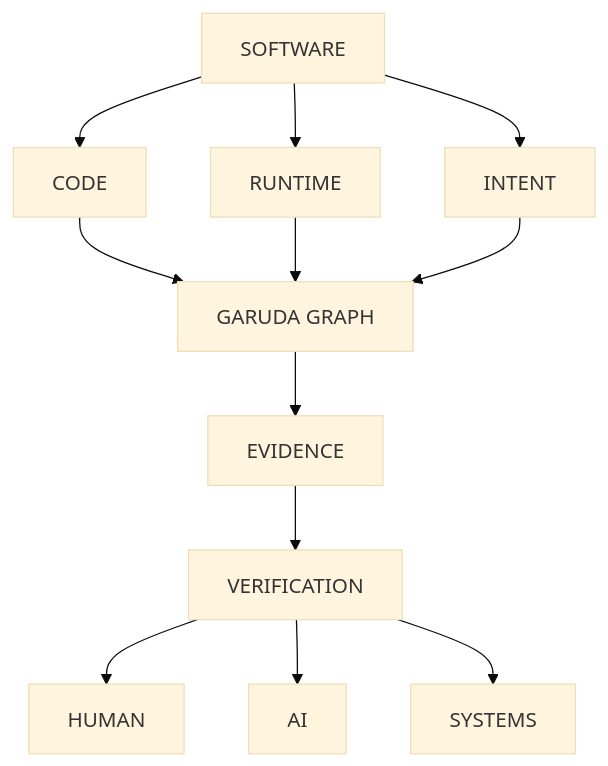
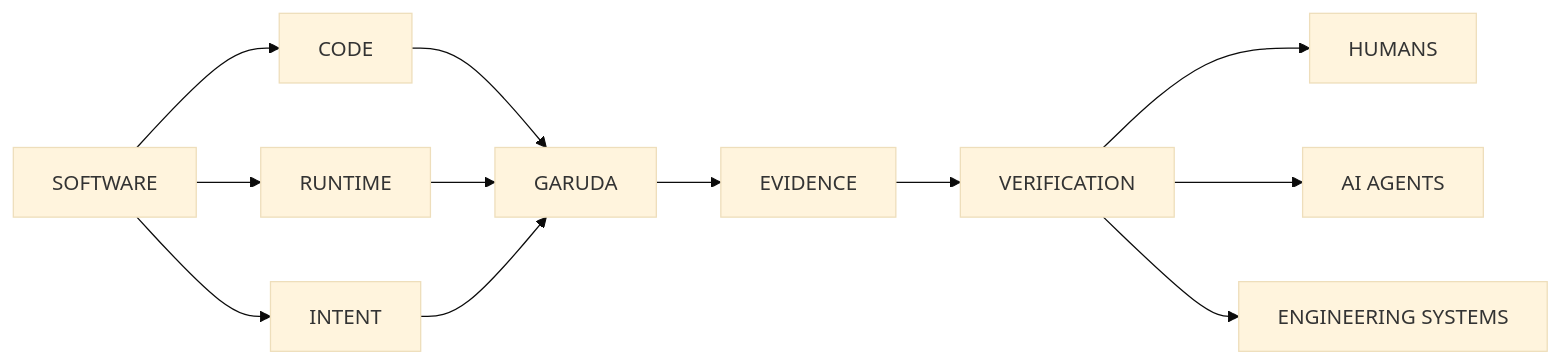
Before and after one commit to myshra777-ai/garuda: diagram 17 of 18 in README.md, drawn with Mermaid (base theme). The commit also changed other lines of this file, not shown here.

````diff
--- a/README.md
+++ b/README.md
@@ -974,14 +1110,19 @@
 ```mermaid
-flowchart TD
-    SW["SOFTWARE"] --> CODE["CODE"]
-    SW --> RUNTIME2["RUNTIME"]
-    SW --> INTENT["INTENT"]
-    CODE --> GRAPH3["GARUDA GRAPH"]
-    RUNTIME2 --> GRAPH3
-    INTENT --> GRAPH3
-    GRAPH3 --> EVIDENCE3["EVIDENCE"]
-    EVIDENCE3 --> VERIFY3["VERIFICATION"]
-    VERIFY3 --> HUMAN["HUMAN"]
-    VERIFY3 --> AI["AI"]
-    VERIFY3 --> SYSTEMS["SYSTEMS"]
+flowchart LR
+    SOFTWARE["SOFTWARE"]
+
+    SOFTWARE --> CODE["CODE"]
+    SOFTWARE --> RUNTIME["RUNTIME"]
+    SOFTWARE --> INTENT["INTENT"]
+
+    CODE --> GARUDA["GARUDA"]
+    RUNTIME --> GARUDA
+    INTENT --> GARUDA
+
+    GARUDA --> EVIDENCE["EVIDENCE"]
+    EVIDENCE --> VERIFY["VERIFICATION"]
+
+    VERIFY --> HUMAN["HUMANS"]
+    VERIFY --> AI["AI AGENTS"]
+    VERIFY --> SYSTEMS["ENGINEERING SYSTEMS"]
 ```
````
